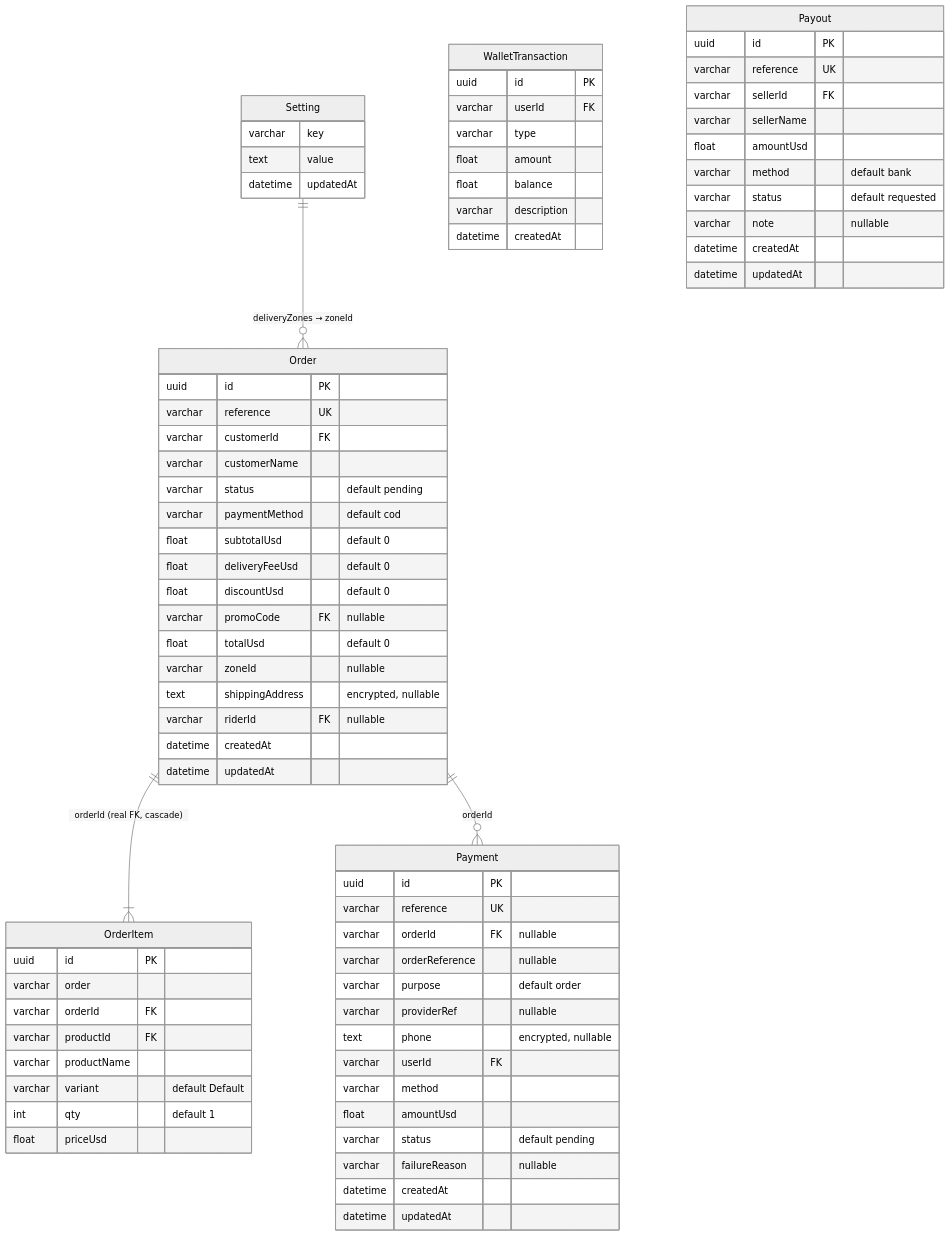
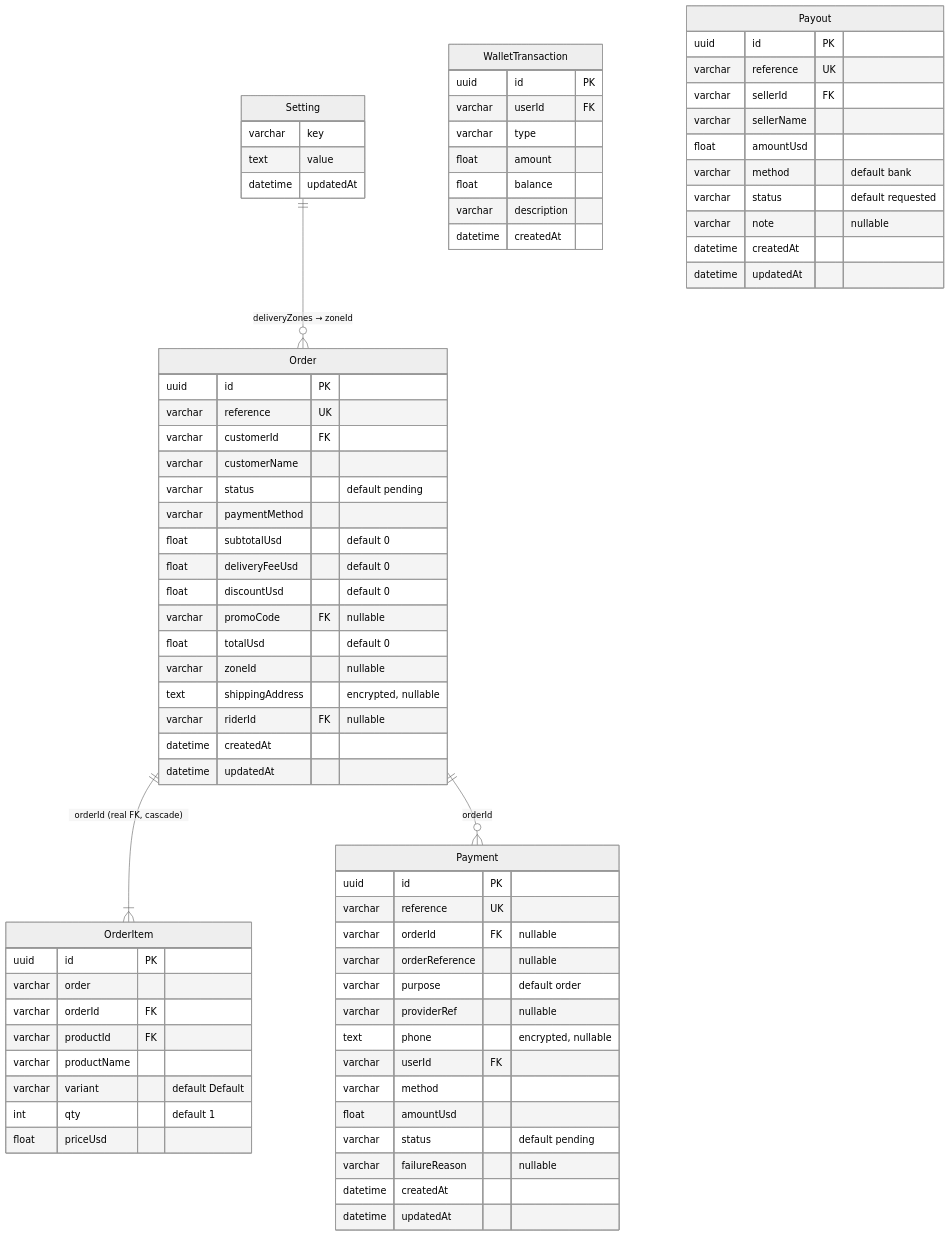
One commit to WaseemMirzaa/somba-apps changed the seventh of 20 diagrams in docs/ARCHITECTURE.md. Above: the diagram before and after it, drawn with Mermaid (neutral theme). The commit also changed other lines of this file and 23 other files, not shown here.

````diff
--- a/docs/ARCHITECTURE.md
+++ b/docs/ARCHITECTURE.md
@@ -576,76 +575,76 @@
 ```mermaid
 erDiagram
     Order ||--|{ OrderItem : "orderId (real FK, cascade)"
     Order ||--o{ Payment : "orderId"
     Setting ||--o{ Order : "deliveryZones → zoneId"
     Order {
         uuid id PK
         varchar reference UK
         varchar customerId FK
         varchar customerName
         varchar status  "default pending"
-        varchar paymentMethod  "default cod"
+        varchar paymentMethod
         float subtotalUsd  "default 0"
         float deliveryFeeUsd  "default 0"
         float discountUsd  "default 0"
         varchar promoCode FK "nullable"
         float totalUsd  "default 0"
         varchar zoneId  "nullable"
         text shippingAddress  "encrypted, nullable"
         varchar riderId FK "nullable"
         datetime createdAt
         datetime updatedAt
     }
     OrderItem {
         uuid id PK
         varchar order
         varchar orderId FK
         varchar productId FK
         varchar productName
         varchar variant  "default Default"
         int qty  "default 1"
         float priceUsd
     }
     Payment {
         uuid id PK
         varchar reference UK
         varchar orderId FK "nullable"
         varchar orderReference  "nullable"
         varchar purpose  "default order"
         varchar providerRef  "nullable"
         text phone  "encrypted, nullable"
         varchar userId FK
         varchar method
         float amountUsd
         varchar status  "default pending"
         varchar failureReason  "nullable"
         datetime createdAt
         datetime updatedAt
     }
     WalletTransaction {
         uuid id PK
         varchar userId FK
         varchar type
         float amount
         float balance
         varchar description
         datetime createdAt
     }
     Payout {
         uuid id PK
         varchar reference UK
         varchar sellerId FK
         varchar sellerName
         float amountUsd
         varchar method  "default bank"
         varchar status  "default requested"
         varchar note  "nullable"
         datetime createdAt
         datetime updatedAt
     }
     Setting {
         varchar key
         text value
         datetime updatedAt
     }
 ```
````
